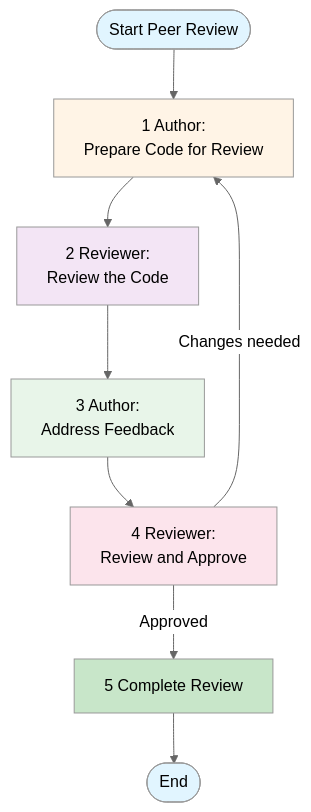
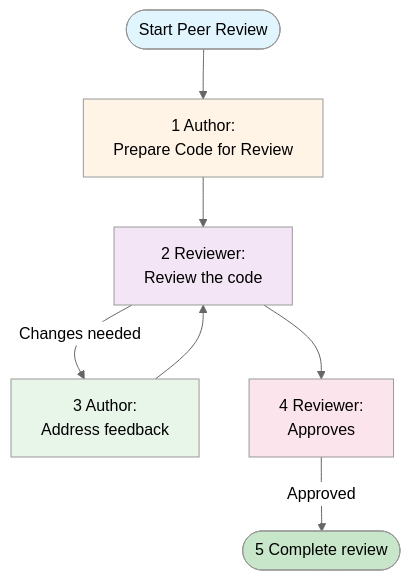
Before and after one commit to nhsbsa-data-analytics/nhsbsa-analytical-code-assurance-playbook: the diagram in guidance/03-peer-reviewed/index.qmd, drawn with Mermaid (neutral theme). The commit also changed other lines of this file, not shown here.

Commit message:
Fix peer review cycle

````diff
--- a/guidance/03-peer-reviewed/index.qmd
+++ b/guidance/03-peer-reviewed/index.qmd
@@ -49,18 +49,16 @@
 ```{mermaid}
 flowchart TD
     Start([Start Peer Review]) --> Prepare[1 Author:<br/>Prepare Code for Review]
-    Prepare --> Review[2 Reviewer:<br/>Review the Code]
-    Review --> Address[3 Author:<br/>Address Feedback]
-    Address --> Check[4 Reviewer:<br/>Review and Approve]
-    Check -->|Changes needed| Prepare
-    Check -->|Approved| Complete[5 Complete Review]
-    Complete --> End([End])
+    Prepare --> Review[2 Reviewer:<br/>Review the code]
+    Review --> |Changes needed|Address[3 Author:<br/>Address feedback]
+    Review --> Check[4 Reviewer:<br/>Approves]
+    Address --> Review
+    Check -->|Approved| Complete([5 Complete review])
     
     style Start fill:#e1f5ff
-    style End fill:#e1f5ff
     style Prepare fill:#fff4e6
     style Review fill:#f3e5f5
     style Address fill:#e8f5e9
     style Check fill:#fce4ec
     style Complete fill:#c8e6c9
 ```
````
